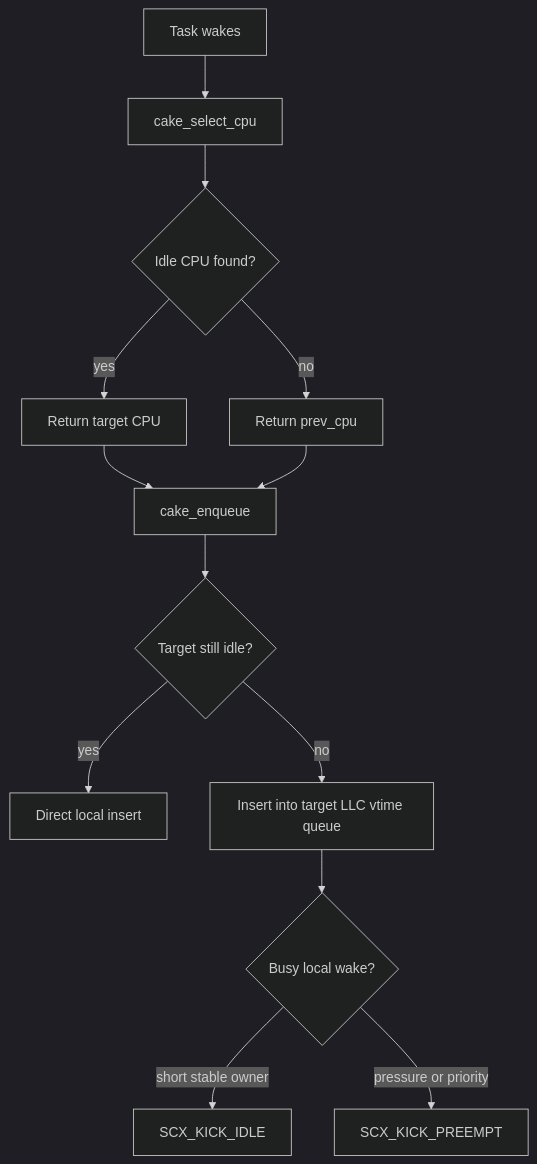
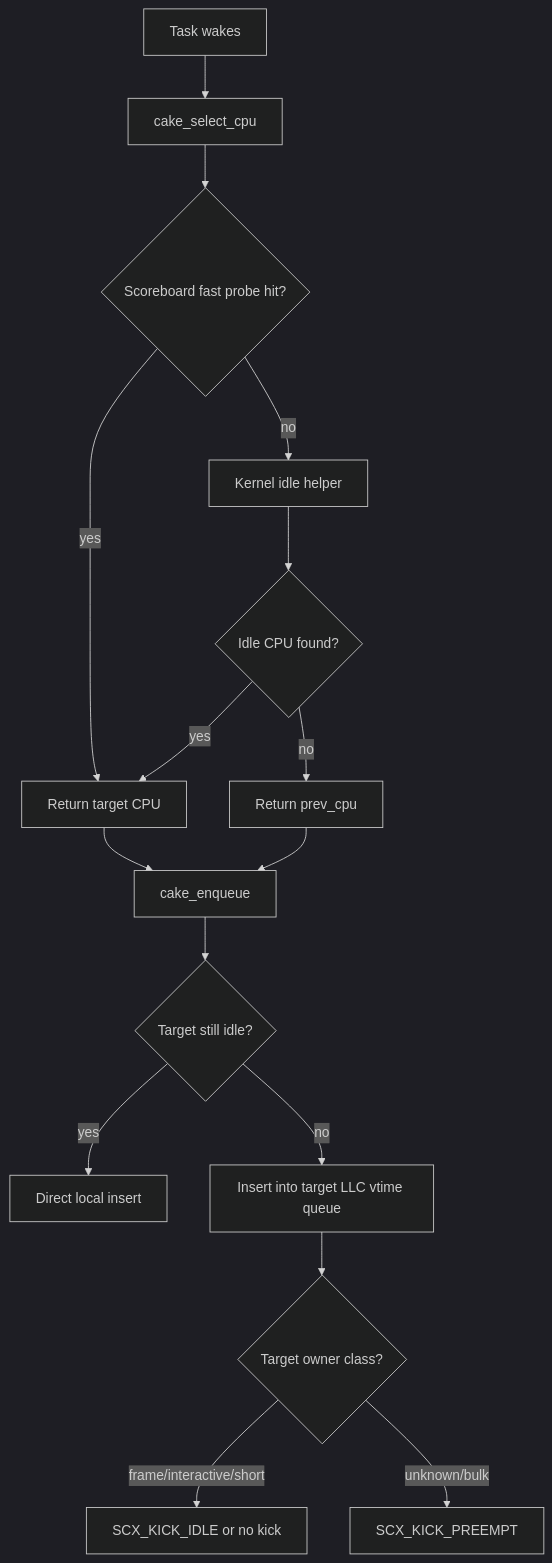
Before and after one commit to RitzDaCat/scx: the first of 2 diagrams in scheds/rust/scx_cake/README.md, drawn with Mermaid (dark theme). The commit also changed other lines of this file and 22 other files, not shown here.

````diff
--- a/scheds/rust/scx_cake/README.md
+++ b/scheds/rust/scx_cake/README.md
@@ -154,15 +221,18 @@
 ```mermaid
 flowchart TD
     W[Task wakes] --> SC[cake_select_cpu]
-    SC --> I{Idle CPU found?}
-    I -->|yes| C[Return target CPU]
+    SC --> FP{Scoreboard fast probe hit?}
+    FP -->|yes| C[Return target CPU]
+    FP -->|no| KI[Kernel idle helper]
+    KI --> I{Idle CPU found?}
+    I -->|yes| C
     I -->|no| P[Return prev_cpu]
     C --> E[cake_enqueue]
     P --> E
     E --> D{Target still idle?}
     D -->|yes| L[Direct local insert]
     D -->|no| Q[Insert into target LLC vtime queue]
-    Q --> B{Busy local wake?}
-    B -->|short stable owner| KI[SCX_KICK_IDLE]
-    B -->|pressure or priority| KP[SCX_KICK_PREEMPT]
+    Q --> B{Target owner class?}
+    B -->|frame/interactive/short| KIDLE[SCX_KICK_IDLE or no kick]
+    B -->|unknown/bulk| KP[SCX_KICK_PREEMPT]
 ```
````
